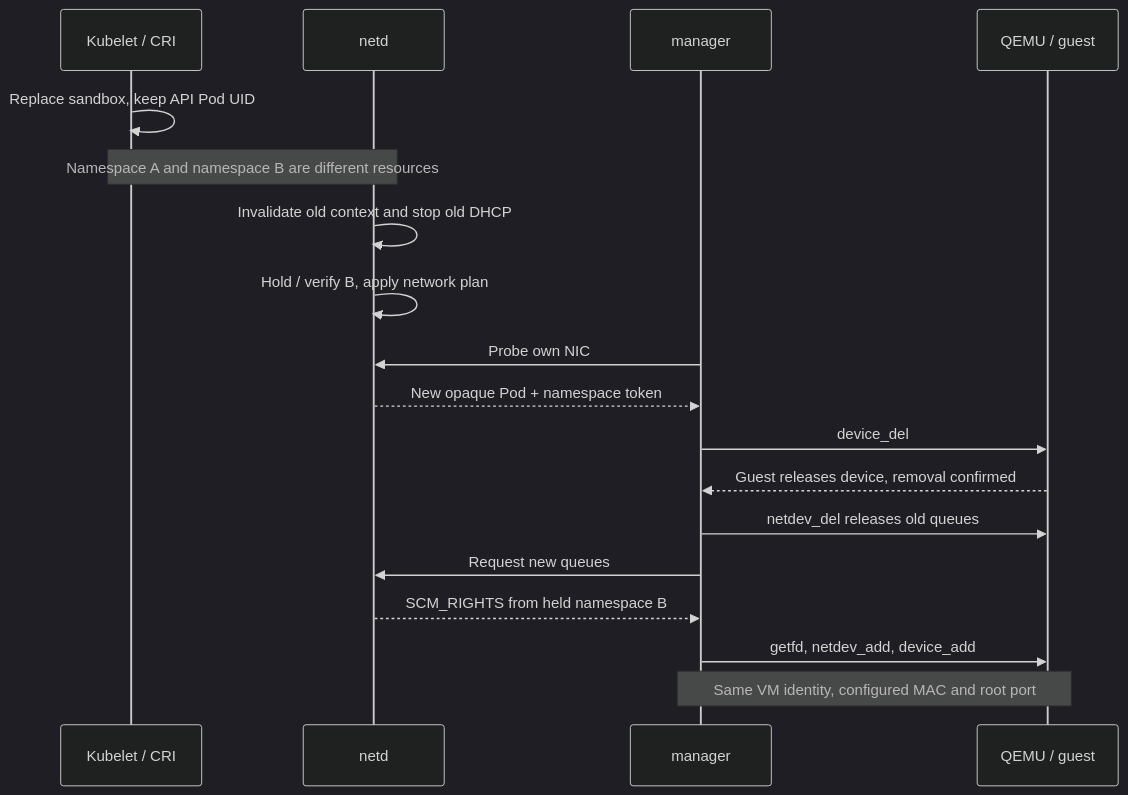
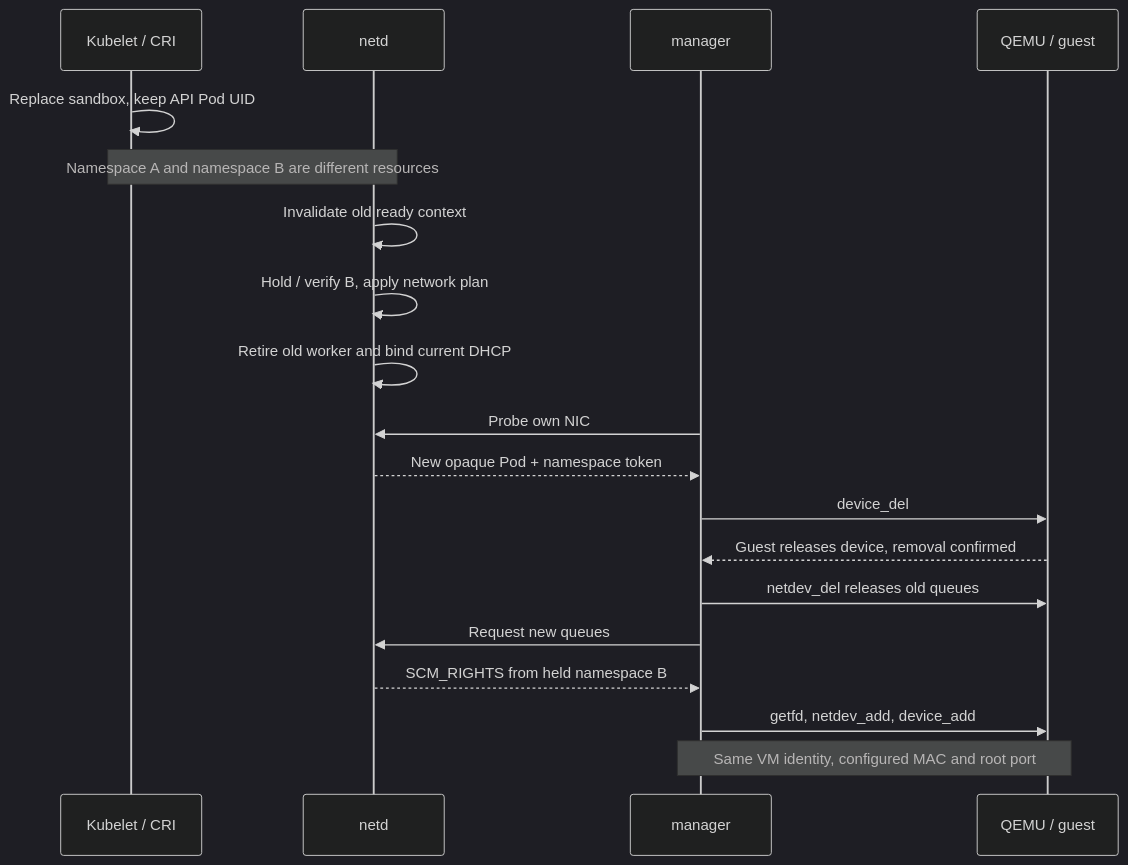
One commit to SamYaple/qrab changed the diagram in docs/architecture/diagrams/31-namespace-incarnation.mmd. Above: the diagram before and after it, drawn with Mermaid (dark theme). The commit also changed 28 other files, not shown here.

Commit message:
Document live lease ownership and synchronous node readiness (work/openstack-architecture-boundary-atlas)

```diff
--- a/docs/architecture/diagrams/31-namespace-incarnation.mmd
+++ b/docs/architecture/diagrams/31-namespace-incarnation.mmd
@@ -1,18 +1,19 @@
 sequenceDiagram
     participant K as Kubelet / CRI
     participant N as netd
     participant M as manager
     participant Q as QEMU / guest
     K->>K: Replace sandbox, keep API Pod UID
     Note over K,N: Namespace A and namespace B are different resources
-    N->>N: Invalidate old context and stop old DHCP
+    N->>N: Invalidate old ready context
     N->>N: Hold / verify B, apply network plan
+    N->>N: Retire old worker and bind current DHCP
     M->>N: Probe own NIC
     N-->>M: New opaque Pod + namespace token
     M->>Q: device_del
     Q-->>M: Guest releases device, removal confirmed
     M->>Q: netdev_del releases old queues
     M->>N: Request new queues
     N-->>M: SCM_RIGHTS from held namespace B
     M->>Q: getfd, netdev_add, device_add
     Note over M,Q: Same VM identity, configured MAC and root port
```
